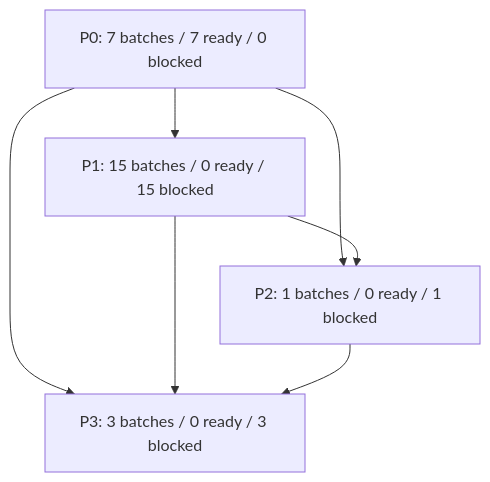
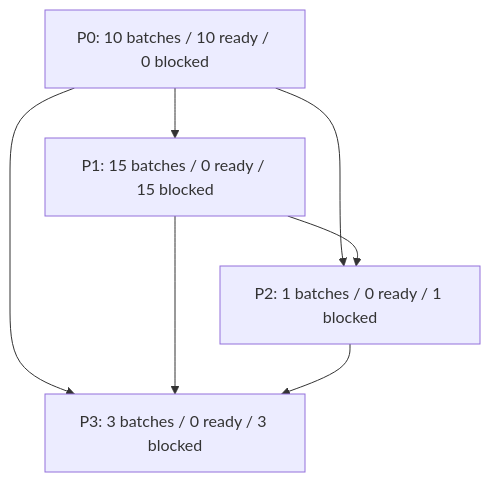
The first of 2 diagrams in artifacts/ddd/release/release-action-dependency-graph.md (Elexvx/Lumira), drawn with Mermaid before and after one commit. The commit also changed other lines of this file and 366 other files, not shown here.

````diff
--- a/artifacts/ddd/release/release-action-dependency-graph.md
+++ b/artifacts/ddd/release/release-action-dependency-graph.md
@@ -21,13 +21,13 @@
 ```mermaid
 flowchart TD
-  p_P0["P0: 7 batches / 7 ready / 0 blocked"]
+  p_P0["P0: 10 batches / 10 ready / 0 blocked"]
   p_P1["P1: 15 batches / 0 ready / 15 blocked"]
   p_P2["P2: 1 batches / 0 ready / 1 blocked"]
   p_P3["P3: 3 batches / 0 ready / 3 blocked"]
   p_P0 --> p_P1
   p_P0 --> p_P2
   p_P0 --> p_P3
   p_P1 --> p_P2
   p_P1 --> p_P3
   p_P2 --> p_P3
 ```
````
